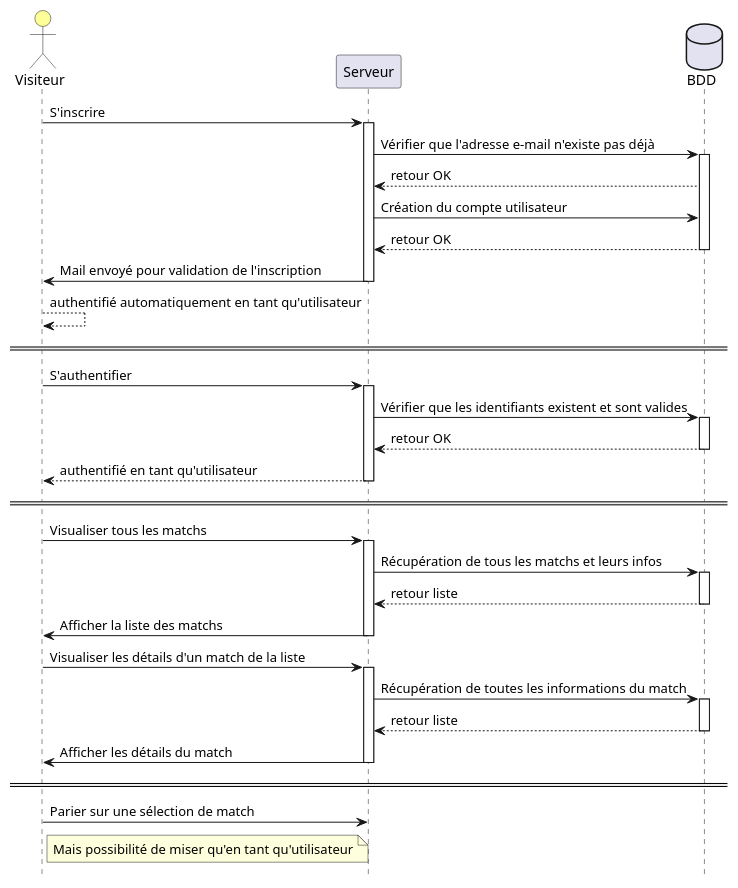
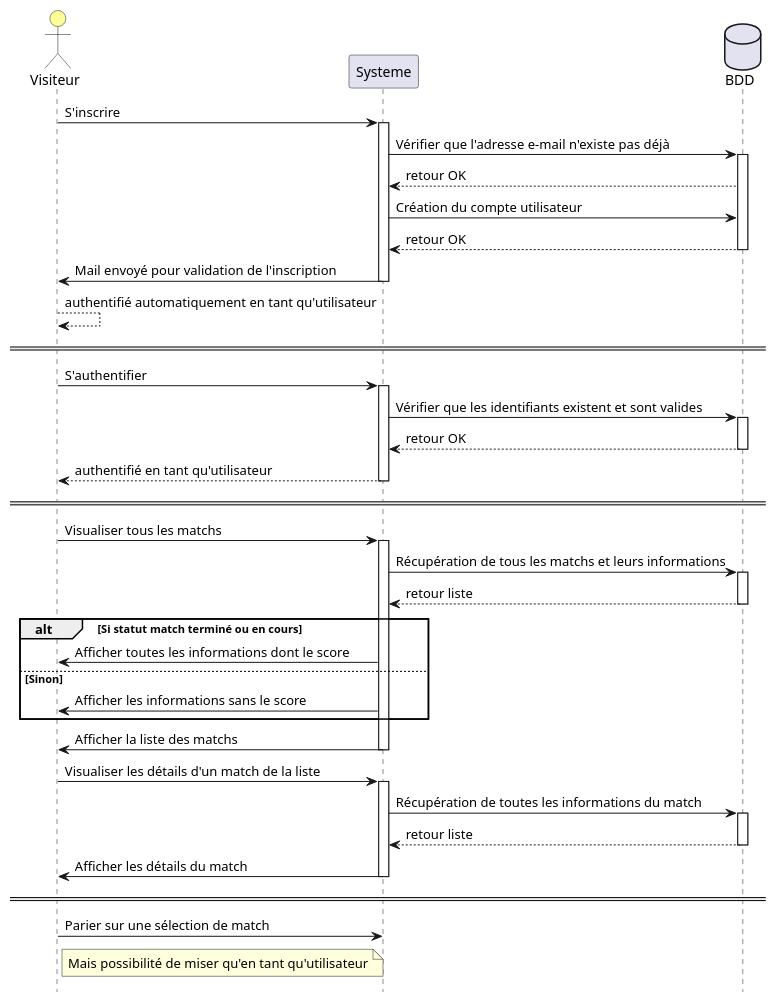
The first of 4 diagrams in #documents/OLD/Diagramme de sequence.OLD.md (kcdln/Smash-Bowl), drawn with PlantUML before and after one commit. The commit also changed other lines of this file and 1 other file, not shown here.

Commit message:
Add conditions & loops into sequential diagram

```diff
--- a/#documents/OLD/Diagramme de sequence.OLD.md
+++ b/#documents/OLD/Diagramme de sequence.OLD.md
@@ -8,52 +8,57 @@
 @startuml
 
 hide footbox
 
 actor Visiteur #ffff99
 database BDD order 30
 
 
-Visiteur -> Serveur ++ : S'inscrire
+Visiteur -> Systeme ++ : S'inscrire
 
-Serveur -> BDD ++ : Vérifier que l'adresse e-mail n'existe pas déjà
-BDD --> Serveur: retour OK
-Serveur -> BDD: Création du compte utilisateur
-BDD --> Serveur -- : retour OK
+Systeme -> BDD ++ : Vérifier que l'adresse e-mail n'existe pas déjà
+BDD --> Systeme: retour OK
+Systeme -> BDD: Création du compte utilisateur
+BDD --> Systeme -- : retour OK
 
-Serveur -> Visiteur -- : Mail envoyé pour validation de l'inscription
+Systeme -> Visiteur -- : Mail envoyé pour validation de l'inscription
 
 Visiteur --> Visiteur: authentifié automatiquement en tant qu'utilisateur
 
 == ==
 
-Visiteur -> Serveur ++ : S'authentifier
+Visiteur -> Systeme ++ : S'authentifier
 
-Serveur -> BDD ++ : Vérifier que les identifiants existent et sont valides
-BDD --> Serveur -- : retour OK
+Systeme -> BDD ++ : Vérifier que les identifiants existent et sont valides
+BDD --> Systeme -- : retour OK
 
-Serveur --> Visiteur -- : authentifié en tant qu'utilisateur
+Systeme --> Visiteur -- : authentifié en tant qu'utilisateur
 
 == ==
 
-Visiteur -> Serveur ++ : Visualiser tous les matchs
+Visiteur -> Systeme ++ : Visualiser tous les matchs
 
-Serveur -> BDD ++ : Récupération de tous les matchs et leurs infos
-BDD --> Serveur -- : retour liste
+Systeme -> BDD ++ : Récupération de tous les matchs et leurs informations
+BDD --> Systeme -- : retour liste
 
-Serveur -> Visiteur -- : Afficher la liste des matchs
+alt Si statut match terminé ou en cours
+  Systeme -> Visiteur : Afficher toutes les informations dont le score
+else Sinon
+  Systeme -> Visiteur : Afficher les informations sans le score
+end
+
+Systeme -> Visiteur -- : Afficher la liste des matchs
 
 
-Visiteur -> Serveur ++ : Visualiser les détails d'un match de la liste
+Visiteur -> Systeme ++ : Visualiser les détails d'un match de la liste
 
-Serveur -> BDD ++ : Récupération de toutes les informations du match
-BDD --> Serveur -- : retour liste
+Systeme -> BDD ++ : Récupération de toutes les informations du match
+BDD --> Systeme -- : retour liste
 
-Serveur -> Visiteur -- : Afficher les détails du match
+Systeme -> Visiteur -- : Afficher les détails du match
 
 == ==
 
-Visiteur -> Serveur: Parier sur une sélection de match
+Visiteur -> Systeme: Parier sur une sélection de match
 note right of Visiteur: Mais possibilité de miser qu'en tant qu'utilisateur
 
-
 @enduml
```
